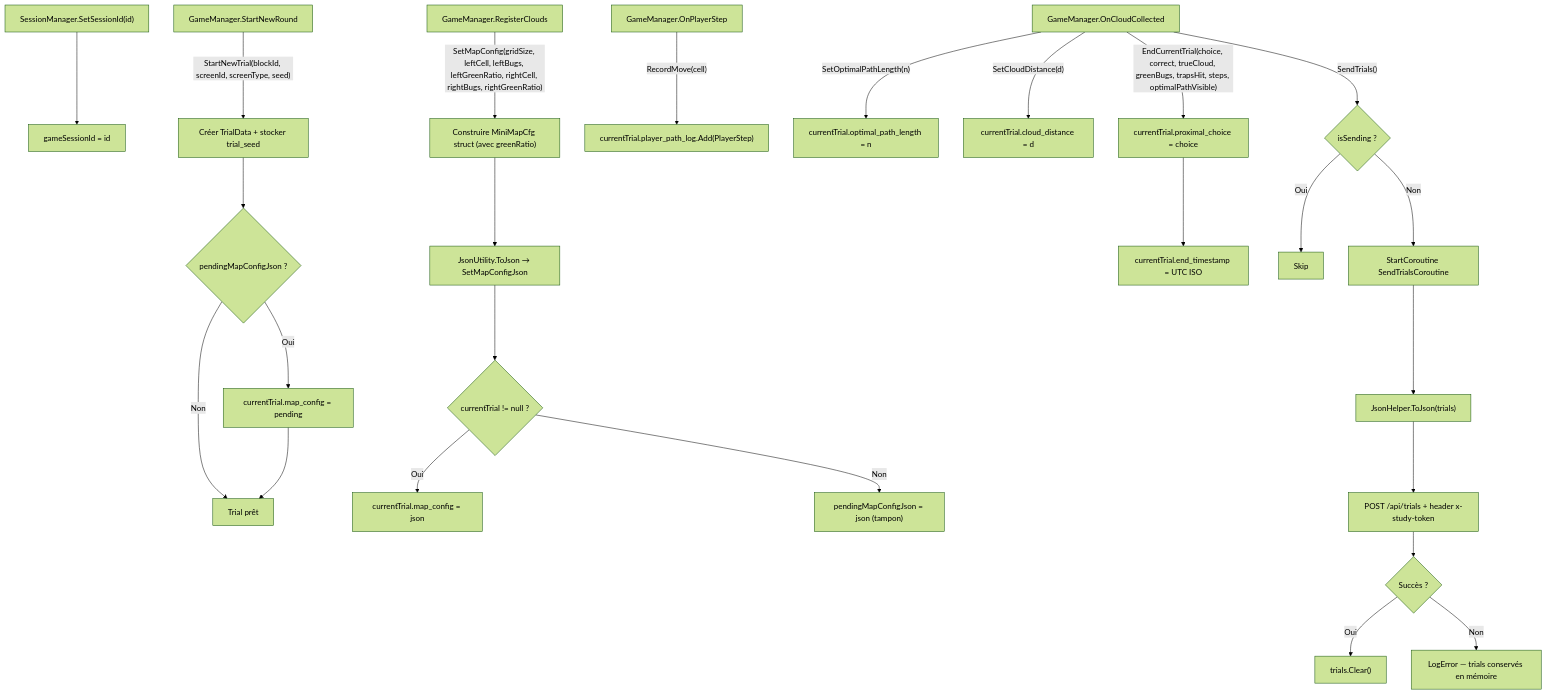
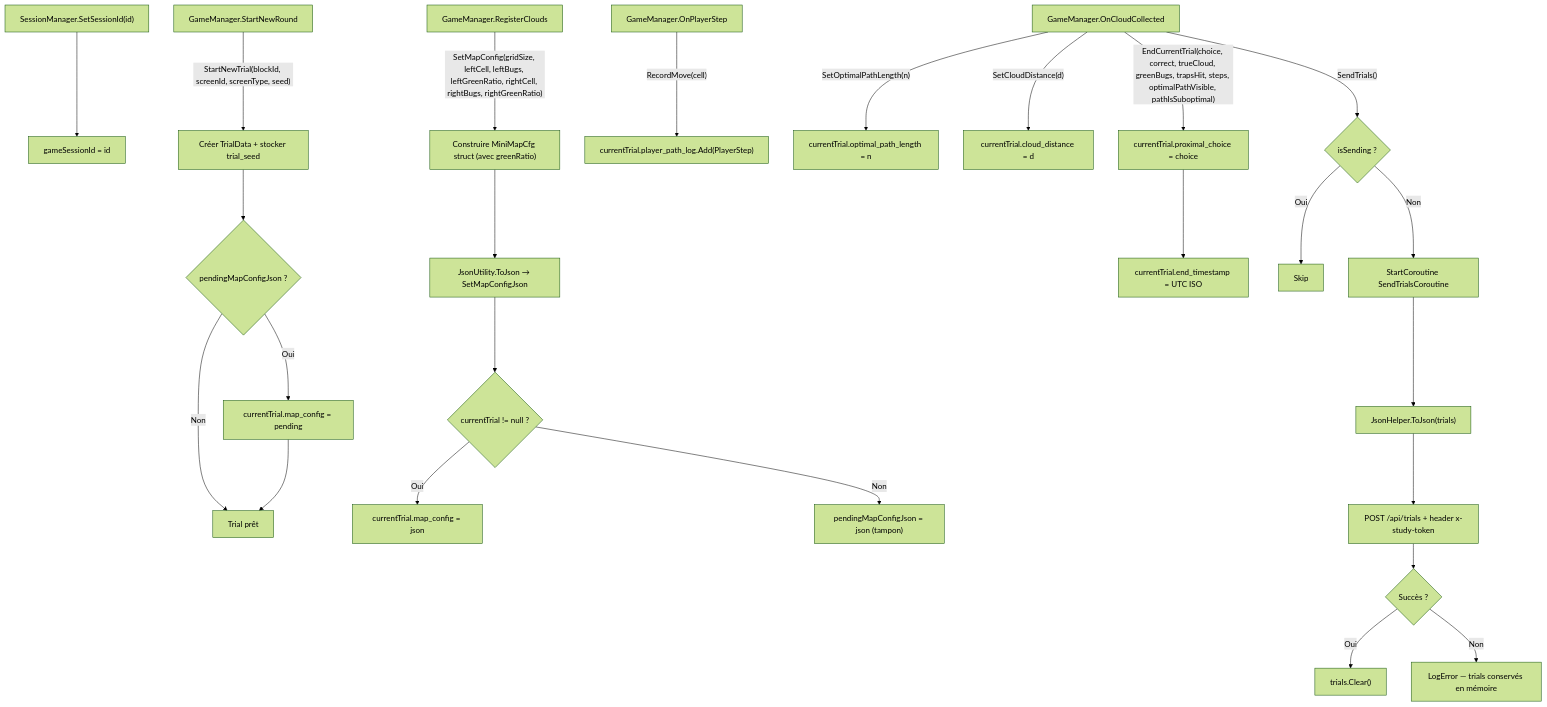
Diagram 13 of 16 in Docs/TDD.md (PierreChagnon/BUGS), drawn with Mermaid (forest theme) before and after one commit. The commit also changed other lines of this file and 9 other files, not shown here.

Commit message:
[SUBOPTIMAL PATH] Implement suboptimal path feature with detour mechanics

````diff
--- a/Docs/TDD.md
+++ b/Docs/TDD.md
@@ -1359,32 +1443,32 @@
 ```mermaid
 graph TD
     A["SessionManager.SetSessionId(id)"] --> B["gameSessionId = id"]
 
     C["GameManager.StartNewRound"] -->|"StartNewTrial(blockId, screenId, screenType, seed)"| D["Créer TrialData + stocker trial_seed"]
     D --> E{pendingMapConfigJson ?}
     E -->|Oui| F["currentTrial.map_config = pending"]
     E -->|Non| G[Trial prêt]
     F --> G
 
     H["GameManager.RegisterClouds"] -->|"SetMapConfig(gridSize, leftCell, leftBugs, leftGreenRatio, rightCell, rightBugs, rightGreenRatio)"| H1["Construire MiniMapCfg struct (avec greenRatio)"]
     H1 --> H2["JsonUtility.ToJson → SetMapConfigJson"]
     H2 --> I{currentTrial != null ?}
     I -->|Oui| J["currentTrial.map_config = json"]
     I -->|Non| K["pendingMapConfigJson = json (tampon)"]
 
     L["GameManager.OnPlayerStep"] -->|"RecordMove(cell)"| M["currentTrial.player_path_log.Add(PlayerStep)"]
 
     N["GameManager.OnCloudCollected"] -->|"SetOptimalPathLength(n)"| O["currentTrial.optimal_path_length = n"]
     N -->|"SetCloudDistance(d)"| O2["currentTrial.cloud_distance = d"]
-    N -->|"EndCurrentTrial(choice, correct, trueCloud, greenBugs, trapsHit, steps, optimalPathVisible)"| P["currentTrial.proximal_choice = choice"]
+    N -->|"EndCurrentTrial(choice, correct, trueCloud, greenBugs, trapsHit, steps, optimalPathVisible, pathIsSuboptimal)"| P["currentTrial.proximal_choice = choice"]
     P --> Q["currentTrial.end_timestamp = UTC ISO"]
 
     N -->|"SendTrials()"| R{isSending ?}
     R -->|Oui| S[Skip]
     R -->|Non| T["StartCoroutine SendTrialsCoroutine"]
     T --> U["JsonHelper.ToJson(trials)"]
     U --> V["POST /api/trials + header x-study-token"]
     V --> W{Succès ?}
     W -->|Oui| X["trials.Clear()"]
     W -->|Non| Y["LogError — trials conservés en mémoire"]
 ```
````
